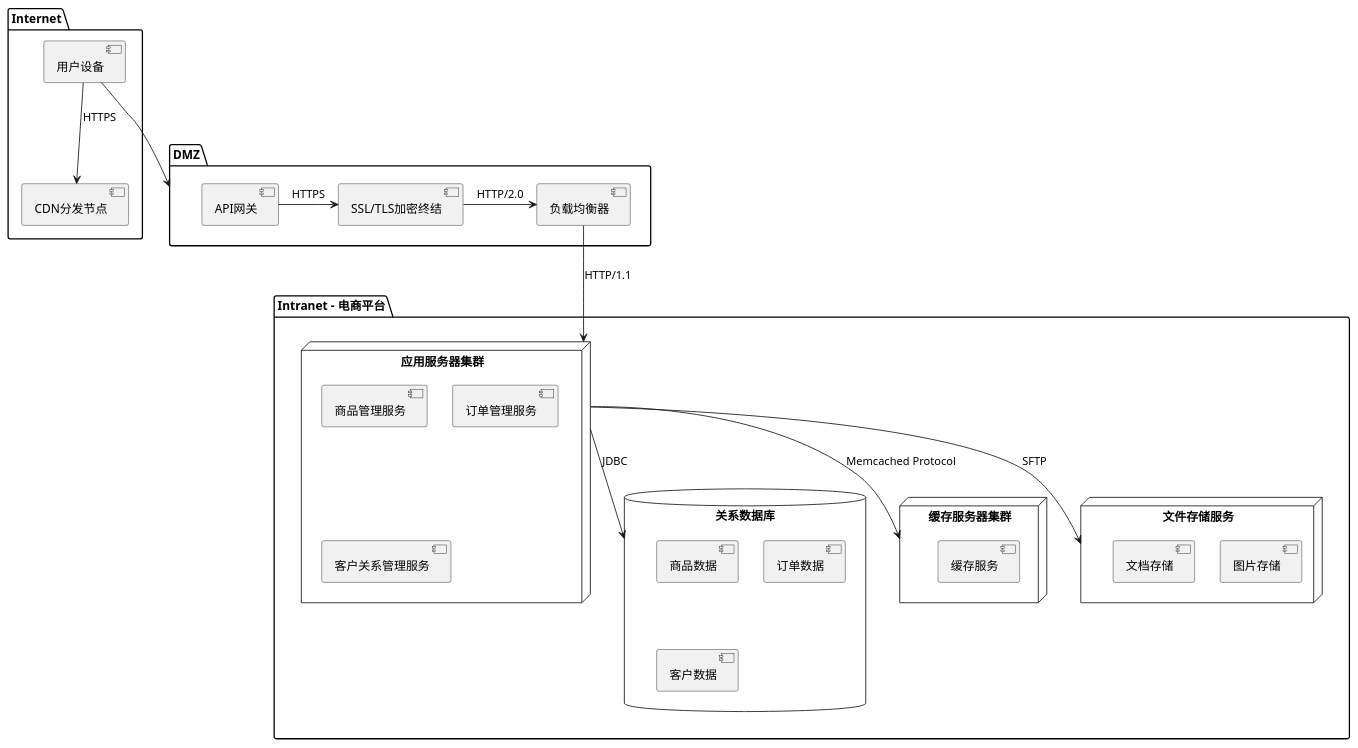
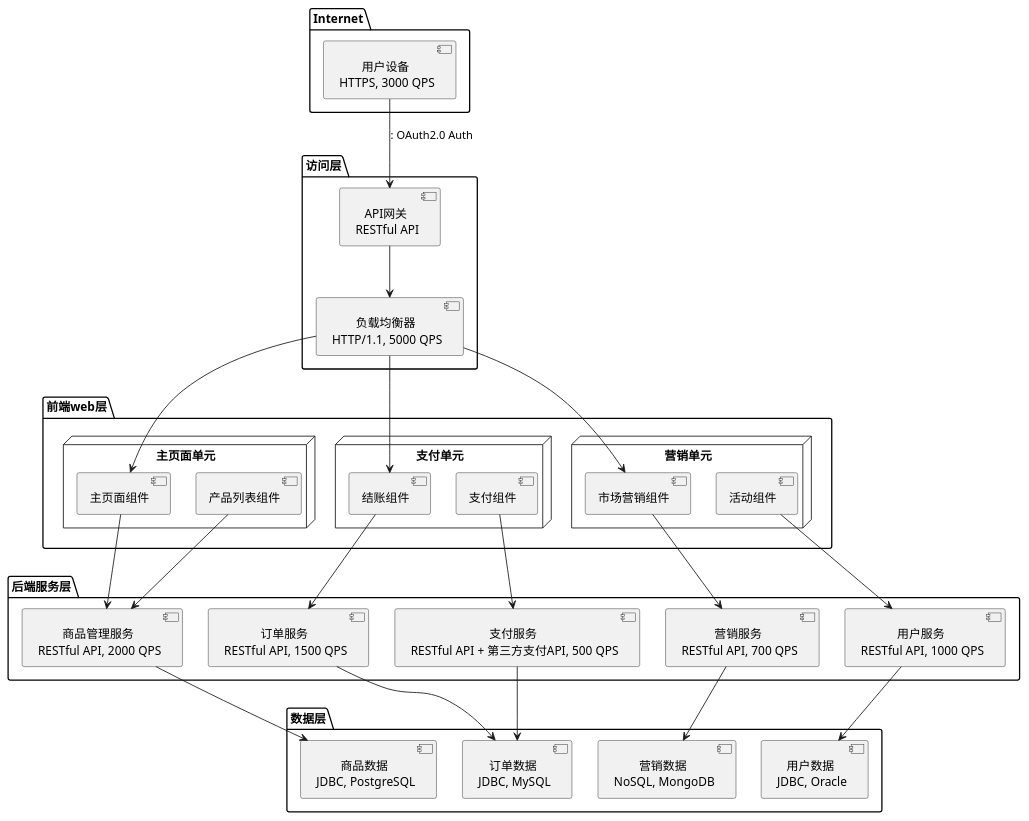
Before and after one commit to fuyipingwml/planttext: the diagram in 测试2.puml, drawn with PlantUML. The commit also changed 3 other files, not shown here.

```diff
--- a/测试2.puml
+++ b/测试2.puml
@@ -1,68 +1,71 @@
 @startuml
 
 skinparam defaultTextAlignment center
-skinparam fontsize 20
+skinparam fontsize 50
 skinparam nodesep 30
 
 package "Internet" {
-   ' cloud "用户" as users {
-    '}
-
-    'cloud "第三方支付服务" as payment {
-    '    [支付网关]
-     '   [资金清算]
-    '}
-
-    '[用户设备] -down-> aDMZ : HTTPS
-    [用户设备] --> [CDN分发节点] : HTTPS
+    [用户设备\n HTTPS, 3000 QPS] as usertb
 }
 
-package "DMZ" as aDMZ{
-    [API网关]
-    [SSL/TLS加密终结]
-    [负载均衡器]
-    [CDN分发节点]
-    [API网关] -right-> [SSL/TLS加密终结]: HTTPS
-    [SSL/TLS加密终结] -right-> [负载均衡器] : HTTP/2.0
-    
+package "访问层" {
+    [API网关\n RESTful API] as apigate
+    [负载均衡器\n HTTP/1.1, 5000 QPS] as loadtb
+
+    usertb -->apigate: : OAuth2.0 Auth
+    apigate --> loadtb
 }
 
-package "Intranet - 电商平台" {
-    
-    node "应用服务器集群" as appserver {
-        [商品管理服务]
-        [订单管理服务]
-        [客户关系管理服务]
+package "前端web层" {
+
+    node "主页面单元" {
+        [主页面组件]
+        [产品列表组件]
     }
 
-    database "关系数据库" as DBserver {
-        [商品数据]
-        [订单数据]
-        [客户数据]
+    node "支付单元" {
+        [结账组件]
+        [支付组件]
     }
 
-    node "缓存服务器集群" as cacheserver {
-        [缓存服务]
+    node "营销单元" {
+        [市场营销组件]
+        [活动组件]
     }
 
-    node "文件存储服务" as fileserver {
-        [图片存储]
-        [文档存储]
-    }
+   loadtb --> [主页面组件] 
+   loadtb --> [结账组件] 
+    loadtb --> [市场营销组件]
+}
 
-   ' node "分销合作伙伴" as salepartner {
-    '    [分销API服务]
-   ' }
+package "后端服务层" {
 
-     [用户设备] -down->  aDMZ 
-    [负载均衡器] --> appserver : HTTP/1.1
-    appserver --> DBserver : JDBC
-    appserver --> cacheserver: Memcached Protocol
-   ' [分销API服务] --> [API网关] : HTTPS
-    appserver --> fileserver : SFTP
-     [订单管理服务]
-    'aDMZ--> payment
-    'appserver --> payment
+    [商品管理服务\n RESTful API, 2000 QPS] as productservice
+    [订单服务\n RESTful API, 1500 QPS] as dingdanfuwu
+    [支付服务\n RESTful API + 第三方支付API, 500 QPS] as zhifufuwu
+    [用户服务\n RESTful API, 1000 QPS] as yonghufuwu
+    [营销服务\n RESTful API, 700 QPS] as yingxiaofuwu
+
+    [主页面组件] --> productservice
+    [产品列表组件] --> productservice
+    [结账组件] -->dingdanfuwu
+    [支付组件] --> zhifufuwu
+    [市场营销组件] --> yingxiaofuwu
+    [活动组件] --> yonghufuwu
+}
+
+package "数据层" {
+    
+    [商品数据\n JDBC, PostgreSQL] as shangpinbshuju
+    [订单数据\n JDBC, MySQL] as dingdanshuju
+    [用户数据\n JDBC, Oracle] as yonghushuju
+    [营销数据\n NoSQL, MongoDB] as yingxioaoshuju
+
+    productservice --> shangpinbshuju
+   dingdanfuwu--> dingdanshuju
+   zhifufuwu --> dingdanshuju 
+   yonghufuwu -->  yonghushuju
+   yingxiaofuwu--> yingxioaoshuju
 }
 
 @enduml
```
